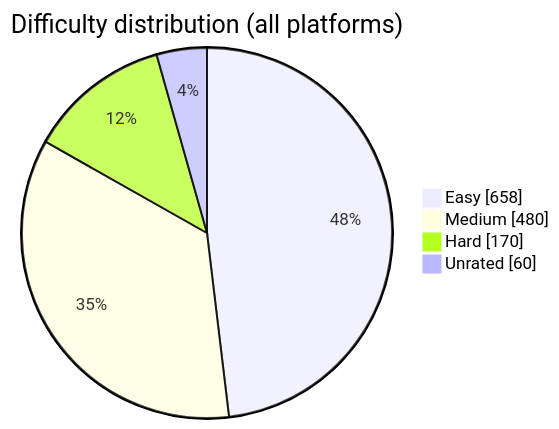
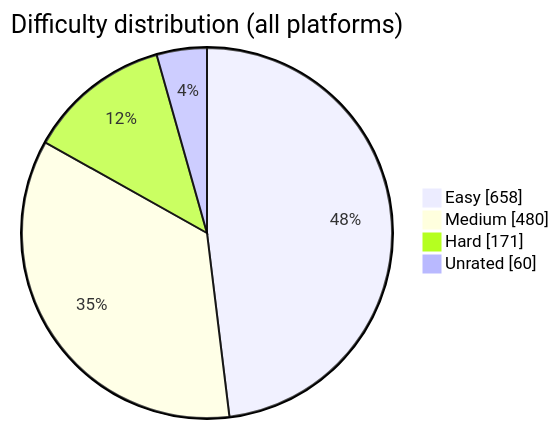
Before and after one commit to BuildbyArindam/Daily-Coding-Log: the diagram in README.md, drawn with Mermaid. The commit also changed other lines of this file, not shown here.

````diff
--- a/README.md
+++ b/README.md
@@ -93,7 +93,7 @@
 ```mermaid
 pie showData title Difficulty distribution (all platforms)
     "Easy" : 658
     "Medium" : 480
-    "Hard" : 170
+    "Hard" : 171
     "Unrated" : 60
 ```
````
